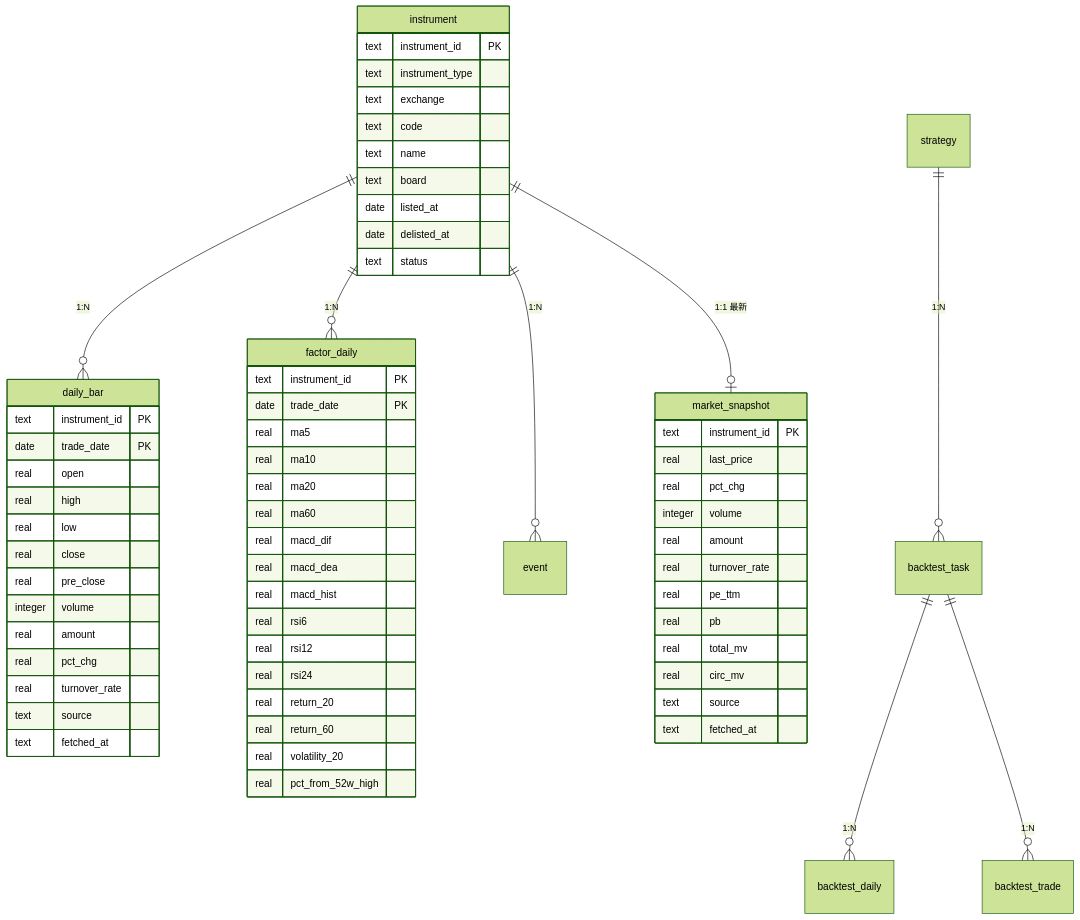
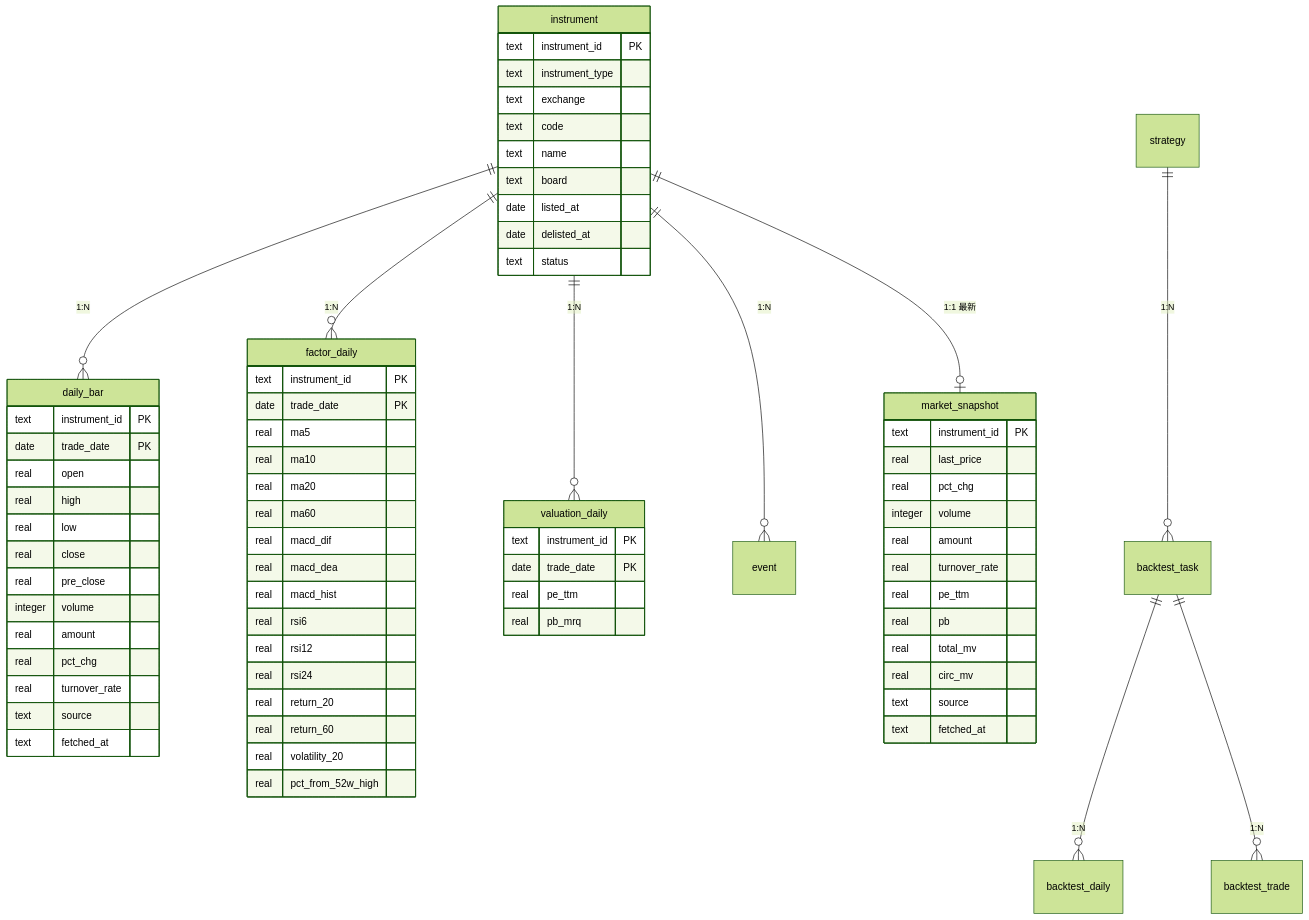
Before and after one commit to haaasakim/financeAgent-solo: the diagram in docs/DATA_CONTRACT.md, drawn with Mermaid (forest theme). The commit also changed other lines of this file and 17 other files, not shown here.

First line of the commit message:
feat(data): 东财历史估值数据源与 valuation_daily（WI-007）

````diff
--- a/docs/DATA_CONTRACT.md
+++ b/docs/DATA_CONTRACT.md
@@ -17,69 +17,76 @@
 ```mermaid
 erDiagram
     instrument ||--o{ daily_bar : "1:N"
     instrument ||--o{ factor_daily : "1:N"
+    instrument ||--o{ valuation_daily : "1:N"
     instrument ||--o{ event : "1:N"
     instrument ||--o| market_snapshot : "1:1 最新"
     strategy ||--o{ backtest_task : "1:N"
     backtest_task ||--o{ backtest_daily : "1:N"
     backtest_task ||--o{ backtest_trade : "1:N"
 
     instrument {
         text instrument_id PK
         text instrument_type
         text exchange
         text code
         text name
         text board
         date listed_at
         date delisted_at
         text status
     }
     daily_bar {
         text instrument_id PK
         date trade_date PK
         real open
         real high
         real low
         real close
         real pre_close
         integer volume
         real amount
         real pct_chg
         real turnover_rate
         text source
         text fetched_at
     }
     market_snapshot {
         text instrument_id PK
         real last_price
         real pct_chg
         integer volume
         real amount
         real turnover_rate
         real pe_ttm
         real pb
         real total_mv
         real circ_mv
         text source
         text fetched_at
     }
     factor_daily {
         text instrument_id PK
         date trade_date PK
         real ma5
         real ma10
         real ma20
         real ma60
         real macd_dif
         real macd_dea
         real macd_hist
         real rsi6
         real rsi12
         real rsi24
         real return_20
         real return_60
         real volatility_20
         real pct_from_52w_high
     }
+    valuation_daily {
+        text instrument_id PK
+        date trade_date PK
+        real pe_ttm
+        real pb_mrq
+    }
 ```
````
